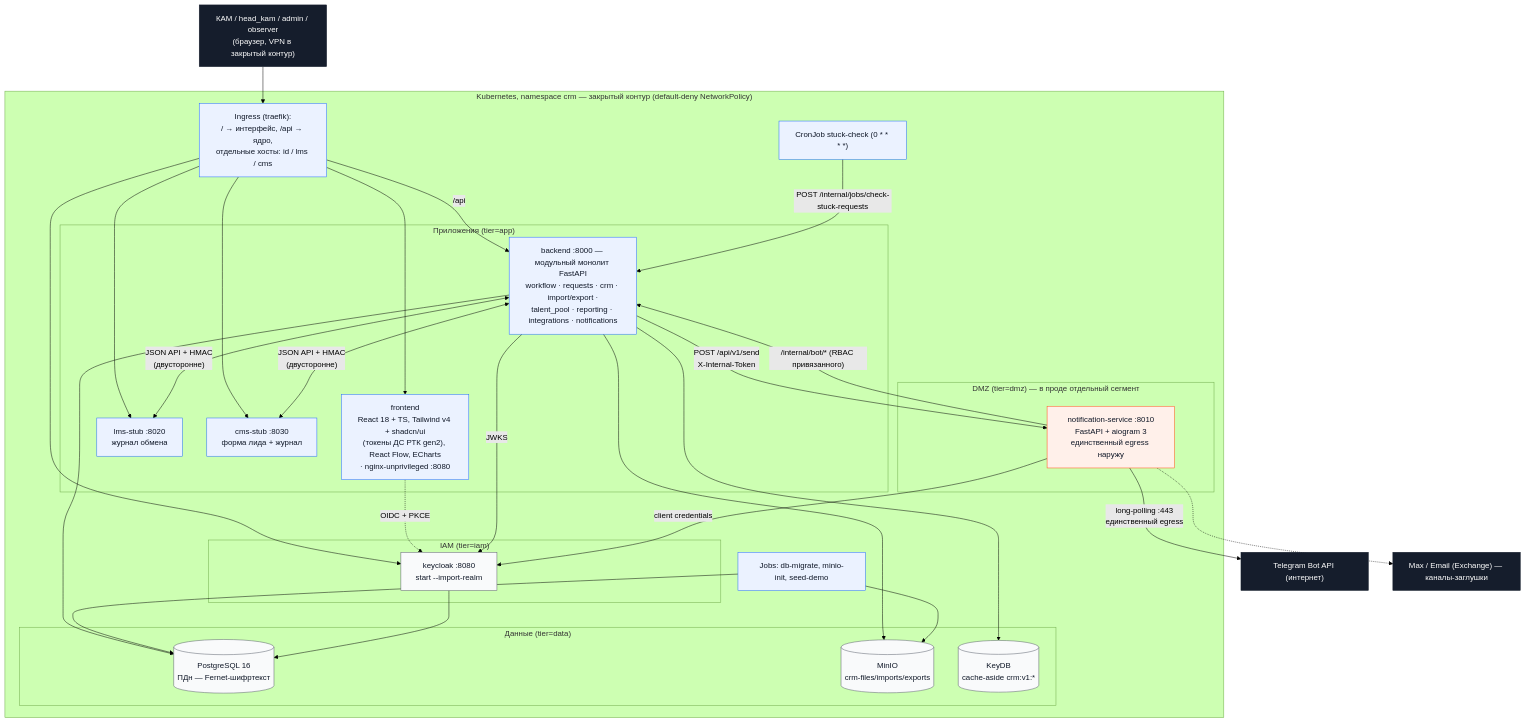
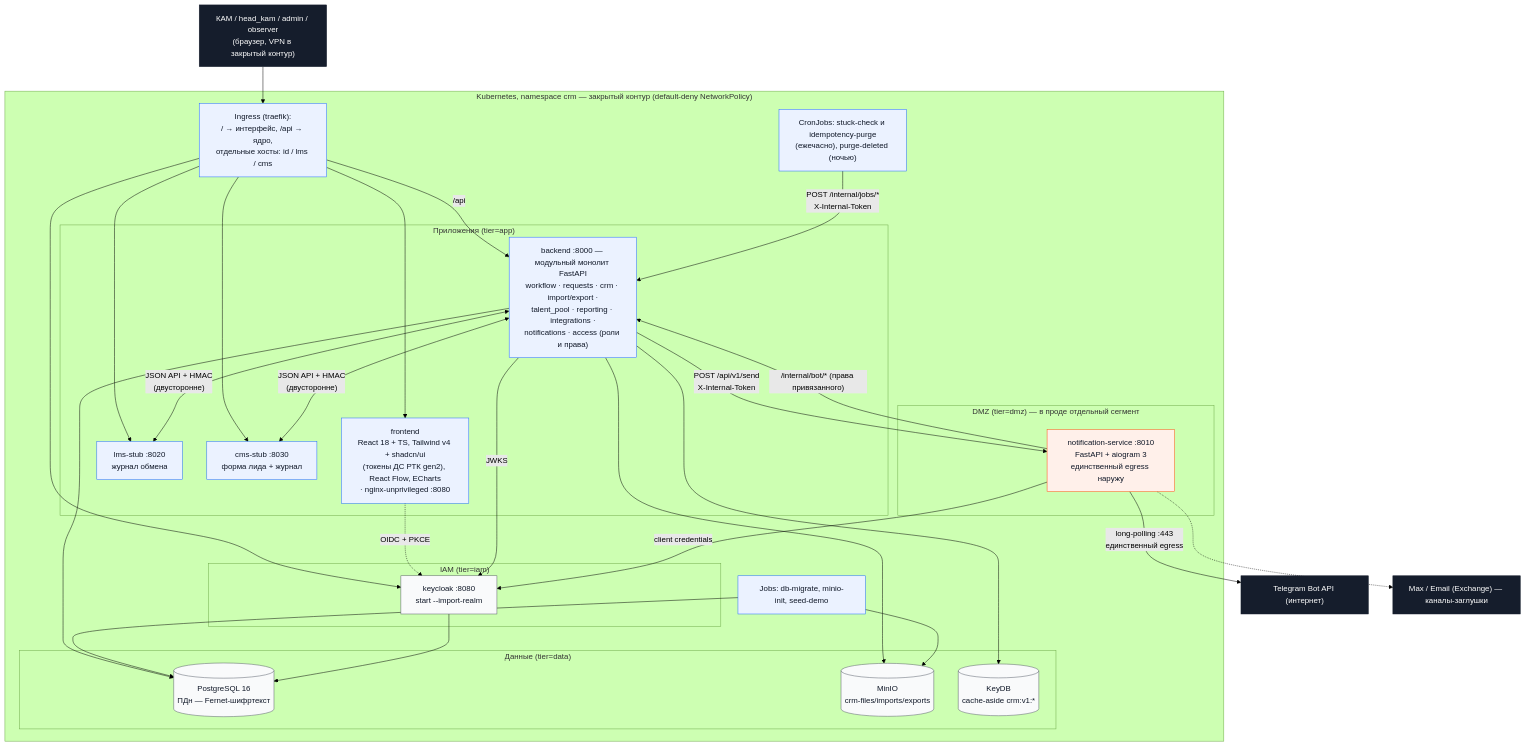
Before and after one commit to ilya2108/Collabse-LCT-Alma: the second of 3 diagrams in README.md, drawn with Mermaid (forest theme). The commit also changed other lines of this file and 26 other files, not shown here.

````diff
--- a/README.md
+++ b/README.md
@@ -152,58 +173,58 @@
 ```mermaid
 flowchart TB
     USR["КАМ / head_kam / admin / observer<br/>(браузер, VPN в закрытый контур)"]
     subgraph cluster["Kubernetes, namespace crm — закрытый контур (default-deny NetworkPolicy)"]
         ING["Ingress (traefik):<br/>/ → интерфейс, /api → ядро,<br/>отдельные хосты: id / lms / cms"]
         subgraph apps["Приложения (tier=app)"]
             FE["frontend<br/>React 18 + TS, Tailwind v4 + shadcn/ui<br/>(токены ДС РТК gen2), React Flow, ECharts<br/>· nginx-unprivileged :8080"]
-            BE["backend :8000 — модульный монолит FastAPI<br/>workflow · requests · crm · import/export ·<br/>talent_pool · reporting · integrations · notifications"]
+            BE["backend :8000 — модульный монолит FastAPI<br/>workflow · requests · crm · import/export ·<br/>talent_pool · reporting · integrations ·<br/>notifications · access (роли и права)"]
             LMS["lms-stub :8020<br/>журнал обмена"]
             CMS["cms-stub :8030<br/>форма лида + журнал"]
         end
         subgraph iam["IAM (tier=iam)"]
             KC["keycloak :8080<br/>start --import-realm"]
         end
         subgraph data["Данные (tier=data)"]
             PG[("PostgreSQL 16<br/>ПДн — Fernet-шифртекст")]
             S3[("MinIO<br/>crm-files/imports/exports")]
             KD[("KeyDB<br/>cache-aside crm:v1:*")]
         end
         subgraph dmz["DMZ (tier=dmz) — в проде отдельный сегмент"]
             NT["notification-service :8010<br/>FastAPI + aiogram 3<br/>единственный egress наружу"]
         end
-        CRON["CronJob stuck-check (0 * * * *)"]
+        CRON["CronJobs: stuck-check и idempotency-purge<br/>(ежечасно), purge-deleted (ночью)"]
         JOBS["Jobs: db-migrate, minio-init, seed-demo"]
     end
     TG["Telegram Bot API (интернет)"]
     MAX["Max / Email (Exchange) — каналы-заглушки"]
 
     USR --> ING
     ING --> FE
     ING -->|"/api"| BE
     ING --> KC & LMS & CMS
     FE -.->|"OIDC + PKCE"| KC
     BE --> PG & S3 & KD
     BE -->|JWKS| KC
     BE <-->|"JSON API + HMAC<br/>(двусторонне)"| LMS
     BE <-->|"JSON API + HMAC<br/>(двусторонне)"| CMS
     BE -->|"POST /api/v1/send<br/>X-Internal-Token"| NT
     NT -->|"client credentials"| KC
-    NT -->|"/internal/bot/* (RBAC привязанного)"| BE
+    NT -->|"/internal/bot/* (права привязанного)"| BE
     NT -->|"long-polling :443<br/>единственный egress"| TG
     NT -.-> MAX
-    CRON -->|"POST /internal/jobs/check-stuck-requests"| BE
+    CRON -->|"POST /internal/jobs/*<br/>X-Internal-Token"| BE
     JOBS --> PG & S3
     KC --> PG
 
     %% палитра — из токенов ДС РТК gen2 (brand-rt.md): синий base-info, оранжевый status-01, графит neutral-950
     classDef app fill:#EBF2FF,stroke:#1F69FF,color:#101828
     classDef data fill:#F9FAFB,stroke:#585D69,color:#101828
     classDef iam fill:#F9FAFB,stroke:#585D69,color:#101828
     classDef dmz fill:#FFF0EA,stroke:#FF4F12,color:#101828
     classDef ext fill:#151D2C,stroke:#151D2C,color:#FFFFFF
     class FE,BE,LMS,CMS,ING,CRON,JOBS app
     class PG,S3,KD data
     class KC iam
     class NT dmz
     class USR,TG,MAX ext
 ```
````
